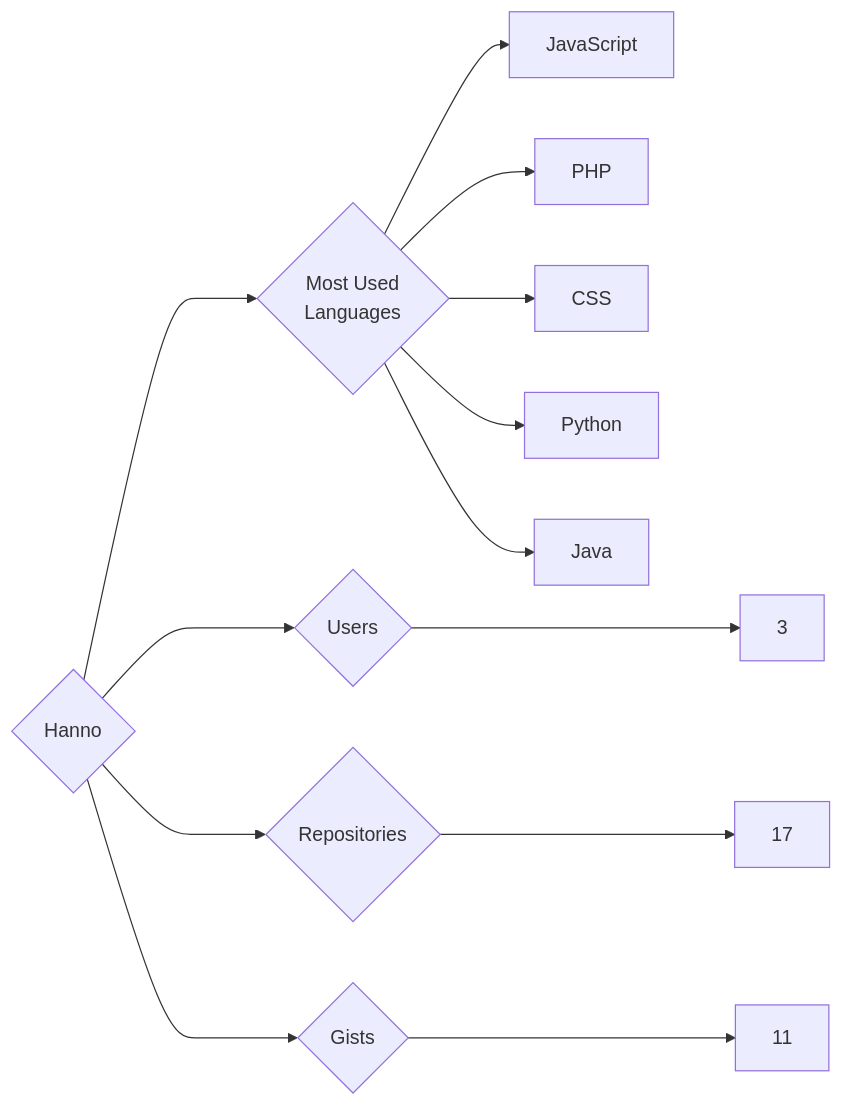
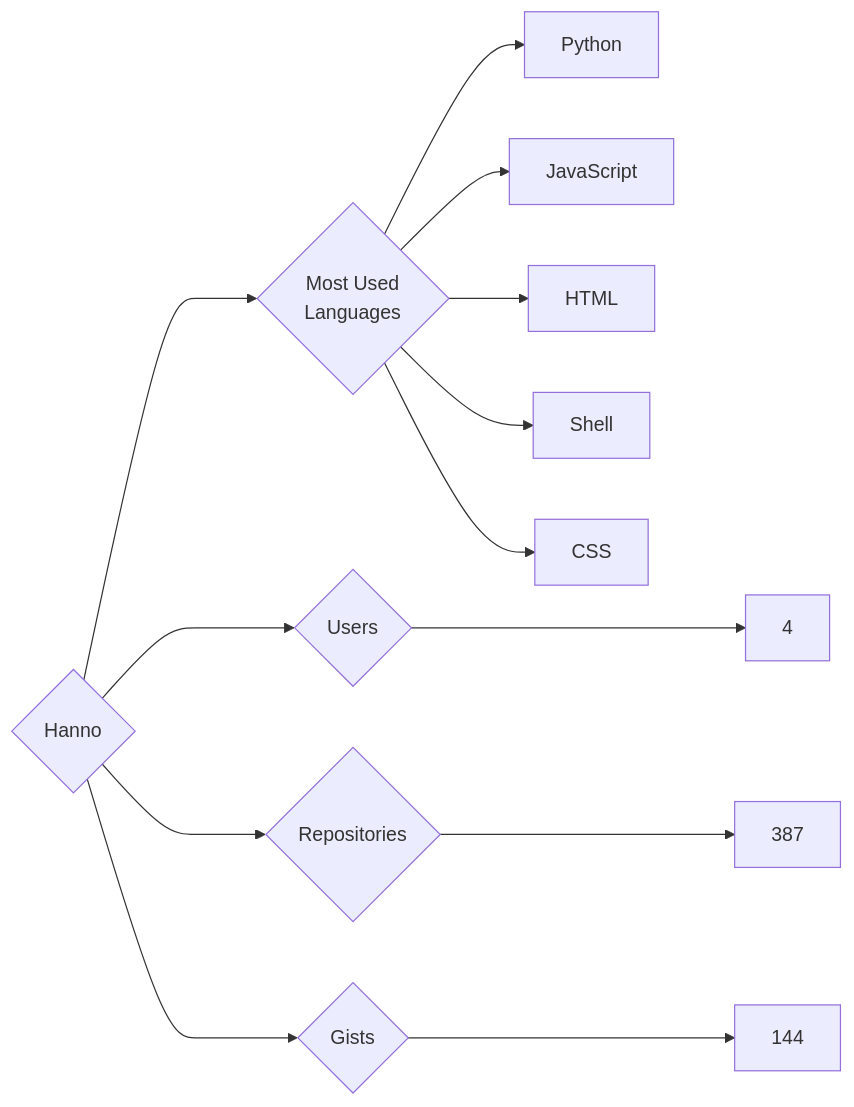
One commit to trickest/insiders changed the diagram in targets/Hanno/README.md. Above: the diagram before and after it, drawn with Mermaid. The commit also changed 873 other files, not shown here.

````diff
--- a/targets/Hanno/README.md
+++ b/targets/Hanno/README.md
@@ -3,13 +3,13 @@
 ```mermaid
 graph LR
 COMPANY_NAME{Hanno}
-COMPANY_NAME ---> U{Users} ---> UN[3]
-COMPANY_NAME ---> R{Repositories} ---> RN[17]
-COMPANY_NAME ---> G{Gists} ---> GN[11]
+COMPANY_NAME ---> U{Users} ---> UN[4]
+COMPANY_NAME ---> R{Repositories} ---> RN[387]
+COMPANY_NAME ---> G{Gists} ---> GN[144]
 COMPANY_NAME ---> ML{Most Used<br>Languages}
+ML --> Python[Python]
 ML --> JavaScript[JavaScript]
-ML --> PHP[PHP]
+ML --> HTML[HTML]
+ML --> Shell[Shell]
 ML --> CSS[CSS]
-ML --> Python[Python]
-ML --> Java[Java]
 ```
````
